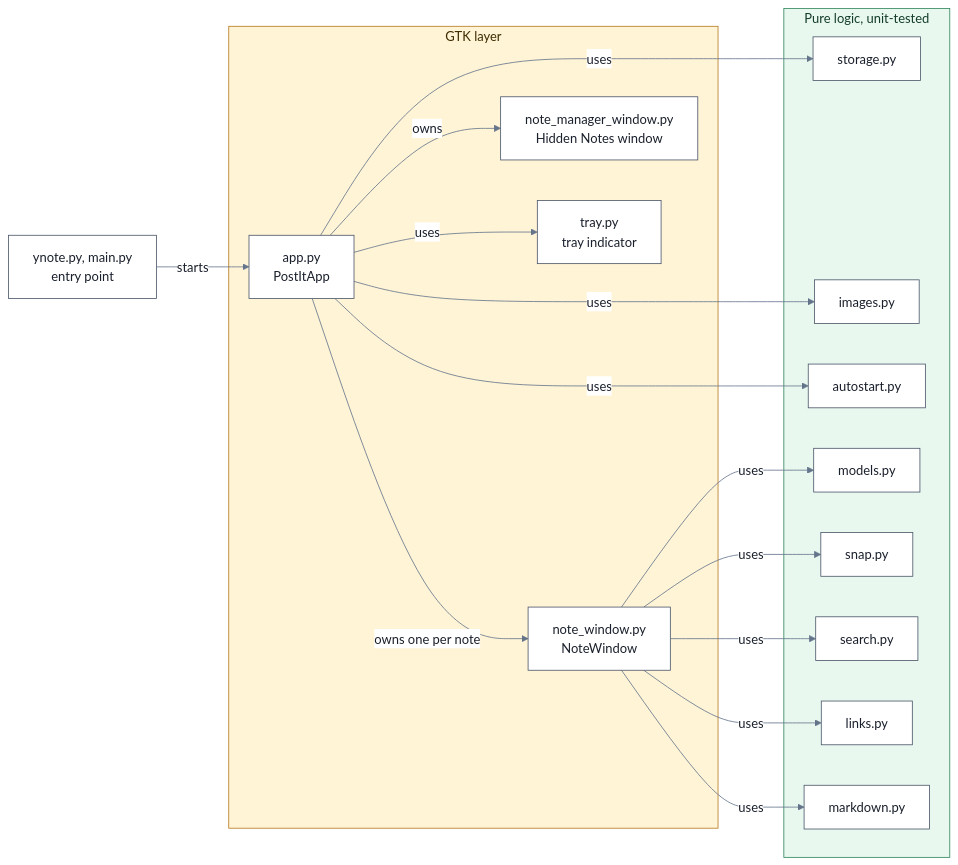
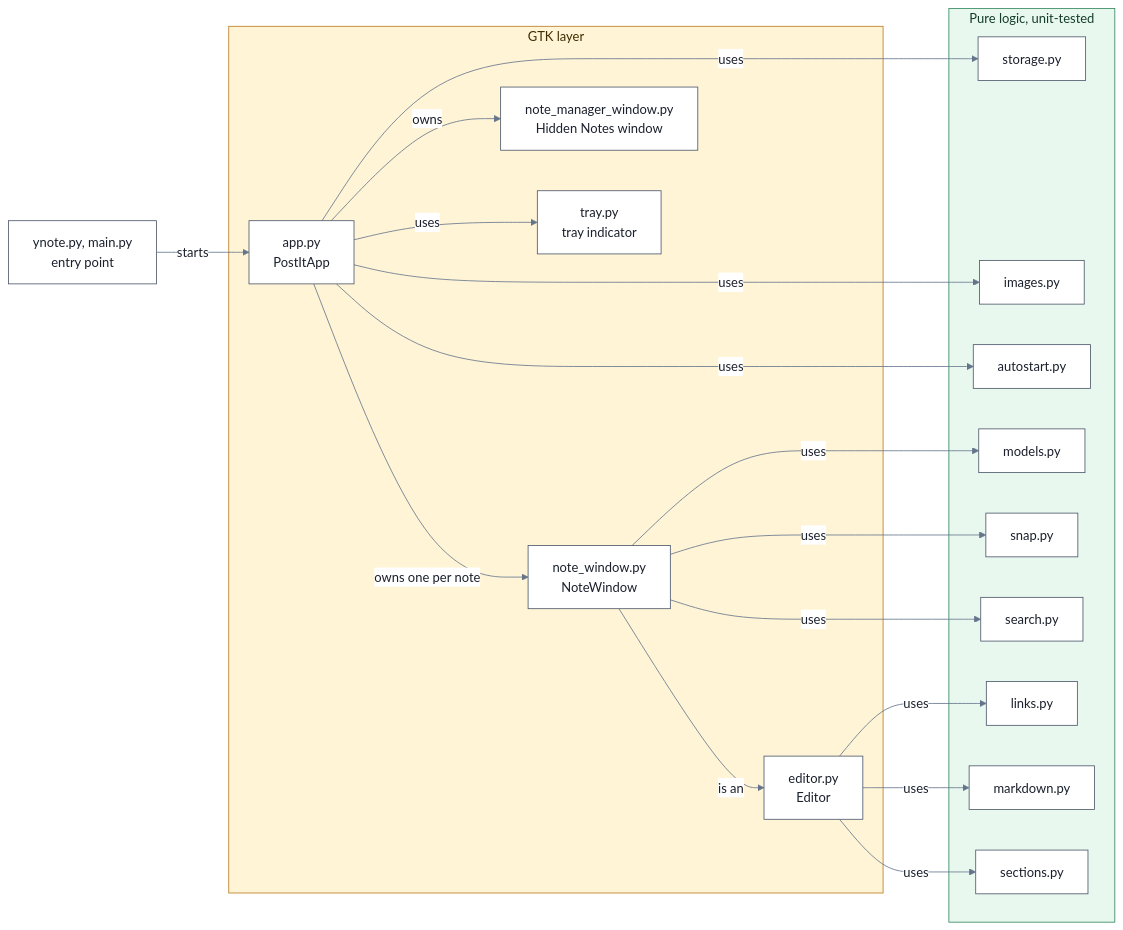
One commit to vacu9708/ynote changed the first of 2 diagrams in ARCHITECTURE.md. Above: the diagram before and after it, drawn with Mermaid. The commit also changed other lines of this file and 4 other files, not shown here.

First line of the commit message:
[refactor] Split the text editor out of NoteWindow into editor.py

````diff
--- a/ARCHITECTURE.md
+++ b/ARCHITECTURE.md
@@ -13,41 +13,45 @@
 ```mermaid
 %%{init: {'theme': 'base', 'themeVariables': {'primaryColor': '#FFFFFF', 'primaryTextColor': '#1A202C', 'primaryBorderColor': '#4A5568', 'lineColor': '#64748B', 'edgeLabelBackground': '#FFFFFF', 'titleColor': '#1A202C'}}}%%
 flowchart LR
     Main["ynote.py, main.py<br/>entry point"]
 
     subgraph GTK["GTK layer"]
         App["app.py<br/>PostItApp"]
         Window["note_window.py<br/>NoteWindow"]
+        Editor["editor.py<br/>Editor"]
         Manager["note_manager_window.py<br/>Hidden Notes window"]
         Tray["tray.py<br/>tray indicator"]
     end
 
     subgraph Pure["Pure logic, unit-tested"]
         Storage["storage.py"]
         Images["images.py"]
         Autostart["autostart.py"]
         Models["models.py"]
         Snap["snap.py"]
         Search["search.py"]
         Links["links.py"]
         Markdown["markdown.py"]
+        Sections["sections.py"]
     end
 
     Main -->|starts| App
     App -->|owns one per note| Window
     App -->|owns| Manager
     App -->|uses| Tray
     App -->|uses| Storage
     App -->|uses| Images
     App -->|uses| Autostart
+    Window -->|is an| Editor
     Window -->|uses| Models
     Window -->|uses| Snap
     Window -->|uses| Search
-    Window -->|uses| Links
-    Window -->|uses| Markdown
+    Editor -->|uses| Links
+    Editor -->|uses| Markdown
+    Editor -->|uses| Sections
 
     classDef node fill:#FFFFFF,stroke:#4A5568,color:#1A202C
-    class Main,App,Window,Manager,Tray,Storage,Images,Autostart,Models,Snap,Search,Links,Markdown node
+    class Main,App,Window,Editor,Manager,Tray,Storage,Images,Autostart,Models,Snap,Search,Links,Markdown,Sections node
     style GTK fill:#FFF4D6,stroke:#B7791F,color:#3D2C00
     style Pure fill:#E8F8EF,stroke:#2F855A,color:#143C2B
 ```
````
